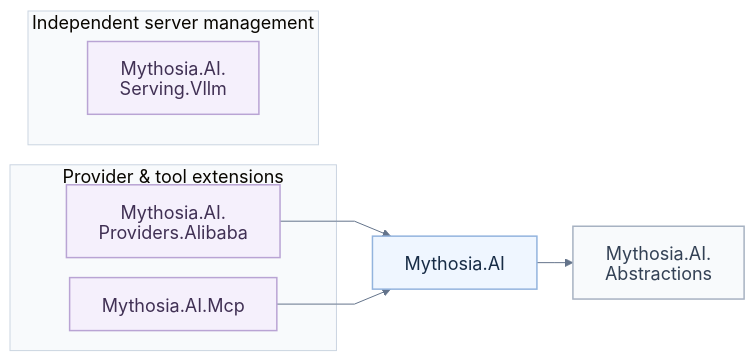
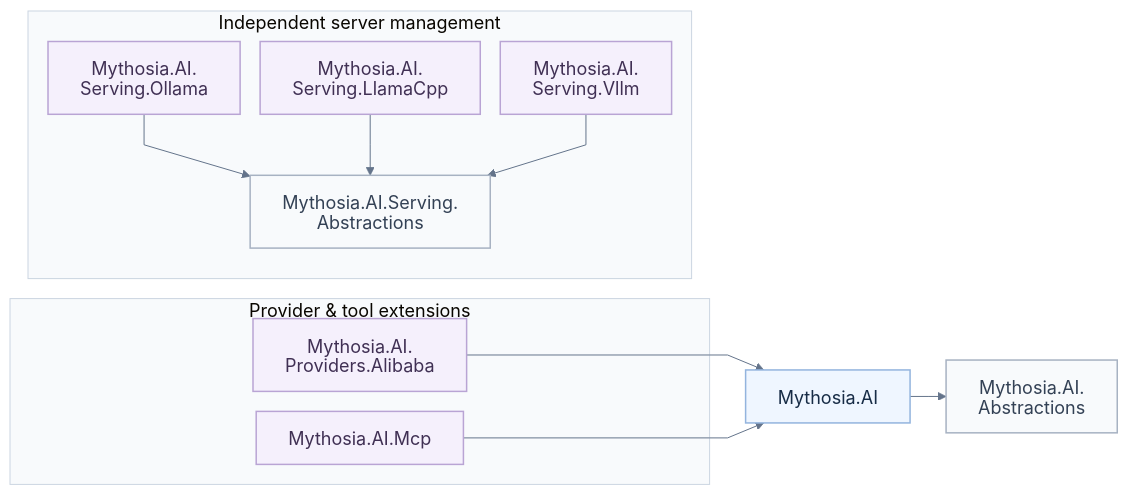
One commit to AJ-comp/Mythosia.AI changed the first of 3 diagrams in README.md. Above: the diagram before and after it, drawn with Mermaid. The commit also changed other lines of this file and 172 other files, not shown here.

First line of the commit message:
Add stable serving clients for Ollama, llama.cpp and vLLM

````diff
--- a/README.md
+++ b/README.md
@@ -353,22 +355,28 @@
 ```mermaid
 %%{init: {"theme":"base","look":"classic","htmlLabels":false,"themeVariables":{"fontFamily":"Arial, sans-serif","fontSize":"18px","primaryTextColor":"#172c46","lineColor":"#64748b","clusterBkg":"#f8fafc","clusterBorder":"#cbd5e1"},"flowchart":{"htmlLabels":false,"curve":"linear","nodeSpacing":20,"rankSpacing":36,"padding":16,"wrappingWidth":300},"fontFamily":"Arial, sans-serif","fontSize":18}}%%
 flowchart LR
     subgraph Extensions["Provider & tool extensions"]
         Alibaba["Mythosia.AI.<br/>Providers.Alibaba"]:::extension
         Mcp["Mythosia.AI.Mcp"]:::extension
     end
     AI["Mythosia.AI"]:::core
     AIAbs["Mythosia.AI.<br/>Abstractions"]:::contract
     subgraph Independent["Independent server management"]
+        ServingAbs["Mythosia.AI.Serving.<br/>Abstractions"]:::contract
+        OllamaServing["Mythosia.AI.<br/>Serving.Ollama"]:::extension
+        LlamaCppServing["Mythosia.AI.<br/>Serving.LlamaCpp"]:::extension
         VllmServing["Mythosia.AI.<br/>Serving.Vllm"]:::extension
+        OllamaServing --> ServingAbs
+        LlamaCppServing --> ServingAbs
+        VllmServing --> ServingAbs
     end
     Alibaba --> AI
     Mcp --> AI
     AI --> AIAbs
     classDef core fill:#eff6ff,stroke:#93b4de,color:#172c46,stroke-width:1.5px
     classDef rag fill:#eef8f5,stroke:#83b4a4,color:#164638,stroke-width:1.5px
     classDef extension fill:#f5f0fc,stroke:#b9a4d4,color:#403054,stroke-width:1.5px
     classDef documents fill:#fff8e9,stroke:#d4b879,color:#61491d,stroke-width:1.5px
     classDef store fill:#edf7fb,stroke:#8dbaca,color:#194758,stroke-width:1.5px
     classDef contract fill:#f8fafc,stroke:#a7b2c2,color:#334155,stroke-width:1.5px
 ```
````
